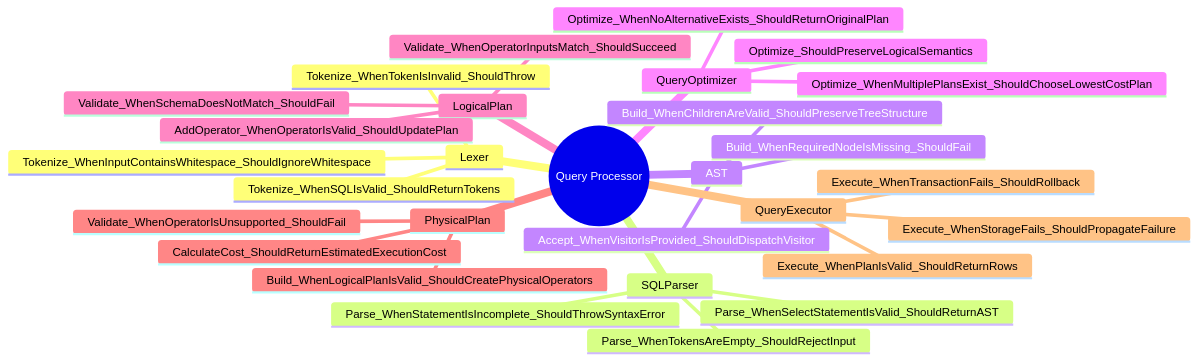
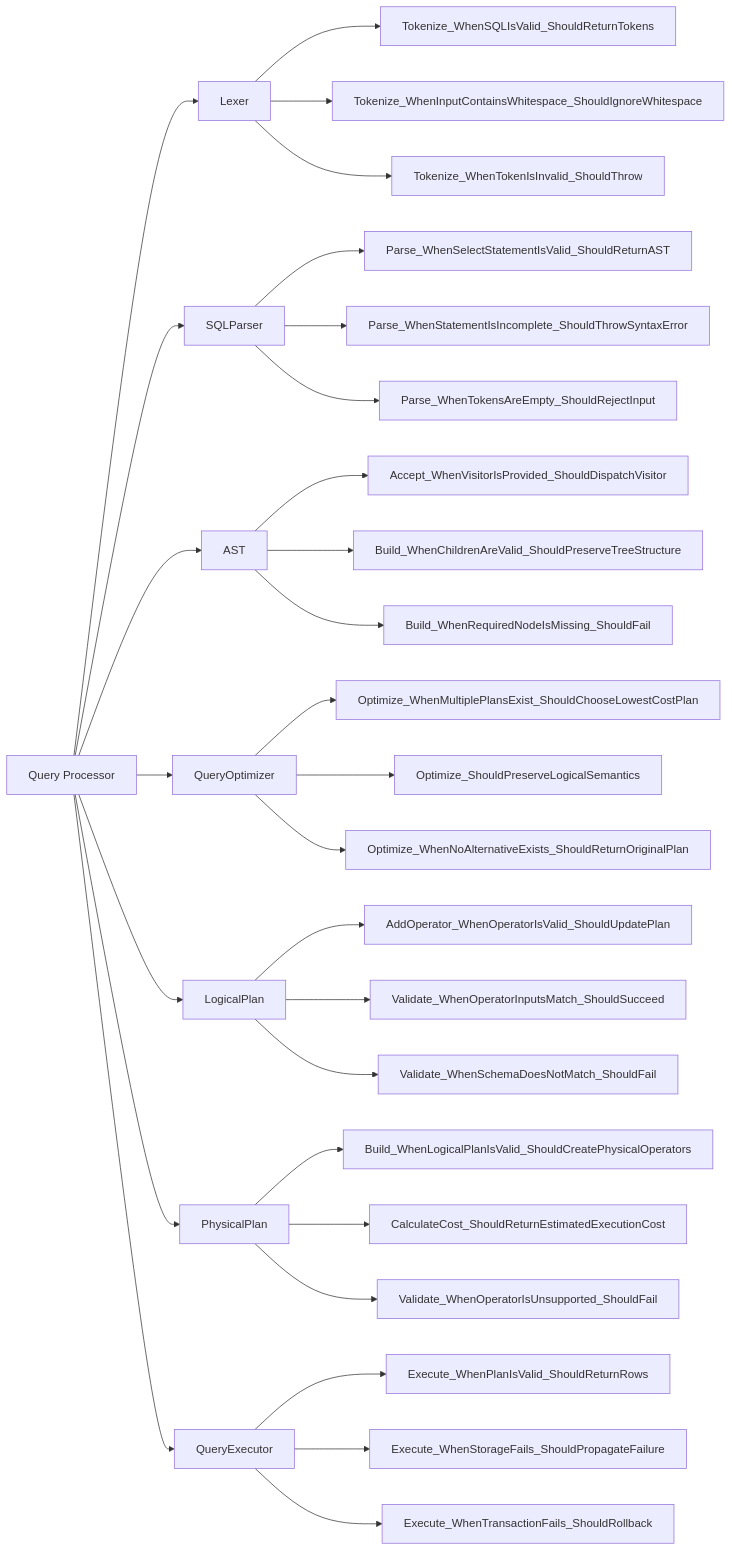
One commit to manaxpow/DBMS changed diagram 16 of 19 in README.md. Above: the diagram before and after it, drawn with Mermaid. The commit also changed other lines of this file and 84 other files, not shown here.

````diff
--- a/README.md
+++ b/README.md
@@ -418,32 +465,37 @@
 ```mermaid
-mindmap
-  root((Query Processor))
-    Lexer
-      Tokenize_WhenSQLIsValid_ShouldReturnTokens
-      Tokenize_WhenInputContainsWhitespace_ShouldIgnoreWhitespace
-      Tokenize_WhenTokenIsInvalid_ShouldThrow
-    SQLParser
-      Parse_WhenSelectStatementIsValid_ShouldReturnAST
-      Parse_WhenStatementIsIncomplete_ShouldThrowSyntaxError
-      Parse_WhenTokensAreEmpty_ShouldRejectInput
-    AST
-      Accept_WhenVisitorIsProvided_ShouldDispatchVisitor
-      Build_WhenChildrenAreValid_ShouldPreserveTreeStructure
-      Build_WhenRequiredNodeIsMissing_ShouldFail
-    QueryOptimizer
-      Optimize_WhenMultiplePlansExist_ShouldChooseLowestCostPlan
-      Optimize_ShouldPreserveLogicalSemantics
-      Optimize_WhenNoAlternativeExists_ShouldReturnOriginalPlan
-    LogicalPlan
-      AddOperator_WhenOperatorIsValid_ShouldUpdatePlan
-      Validate_WhenOperatorInputsMatch_ShouldSucceed
-      Validate_WhenSchemaDoesNotMatch_ShouldFail
-    PhysicalPlan
-      Build_WhenLogicalPlanIsValid_ShouldCreatePhysicalOperators
-      CalculateCost_ShouldReturnEstimatedExecutionCost
-      Validate_WhenOperatorIsUnsupported_ShouldFail
-    QueryExecutor
-      Execute_WhenPlanIsValid_ShouldReturnRows
-      Execute_WhenStorageFails_ShouldPropagateFailure
-      Execute_WhenTransactionFails_ShouldRollback
+flowchart LR
+    Subsystem[Query Processor] --> Lexer
+    Lexer --> Tokenize_WhenSQLIsValid_ShouldReturnTokens
+    Lexer --> Tokenize_WhenInputContainsWhitespace_ShouldIgnoreWhitespace
+    Lexer --> Tokenize_WhenTokenIsInvalid_ShouldThrow
+    
+    Subsystem --> SQLParser
+    SQLParser --> Parse_WhenSelectStatementIsValid_ShouldReturnAST
+    SQLParser --> Parse_WhenStatementIsIncomplete_ShouldThrowSyntaxError
+    SQLParser --> Parse_WhenTokensAreEmpty_ShouldRejectInput
+    
+    Subsystem --> AST
+    AST --> Accept_WhenVisitorIsProvided_ShouldDispatchVisitor
+    AST --> Build_WhenChildrenAreValid_ShouldPreserveTreeStructure
+    AST --> Build_WhenRequiredNodeIsMissing_ShouldFail
+    
+    Subsystem --> QueryOptimizer
+    QueryOptimizer --> Optimize_WhenMultiplePlansExist_ShouldChooseLowestCostPlan
+    QueryOptimizer --> Optimize_ShouldPreserveLogicalSemantics
+    QueryOptimizer --> Optimize_WhenNoAlternativeExists_ShouldReturnOriginalPlan
+    
+    Subsystem --> LogicalPlan
+    LogicalPlan --> AddOperator_WhenOperatorIsValid_ShouldUpdatePlan
+    LogicalPlan --> Validate_WhenOperatorInputsMatch_ShouldSucceed
+    LogicalPlan --> Validate_WhenSchemaDoesNotMatch_ShouldFail
+    
+    Subsystem --> PhysicalPlan
+    PhysicalPlan --> Build_WhenLogicalPlanIsValid_ShouldCreatePhysicalOperators
+    PhysicalPlan --> CalculateCost_ShouldReturnEstimatedExecutionCost
+    PhysicalPlan --> Validate_WhenOperatorIsUnsupported_ShouldFail
+    
+    Subsystem --> QueryExecutor
+    QueryExecutor --> Execute_WhenPlanIsValid_ShouldReturnRows
+    QueryExecutor --> Execute_WhenStorageFails_ShouldPropagateFailure
+    QueryExecutor --> Execute_WhenTransactionFails_ShouldRollback
 ```
````
